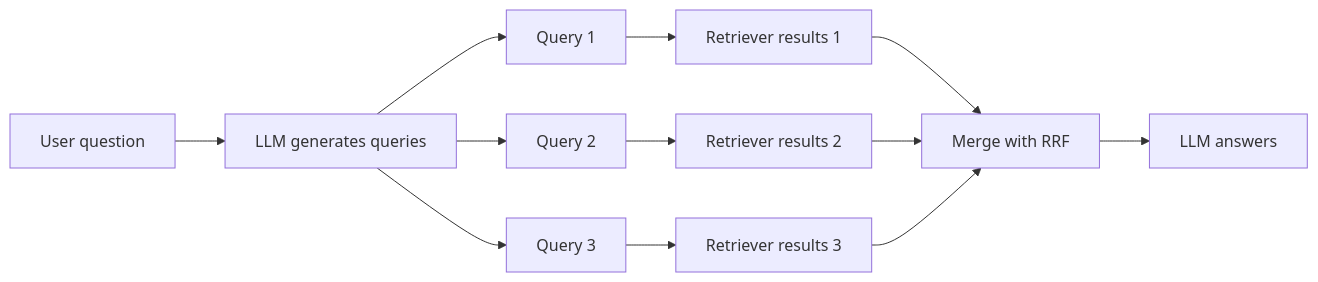
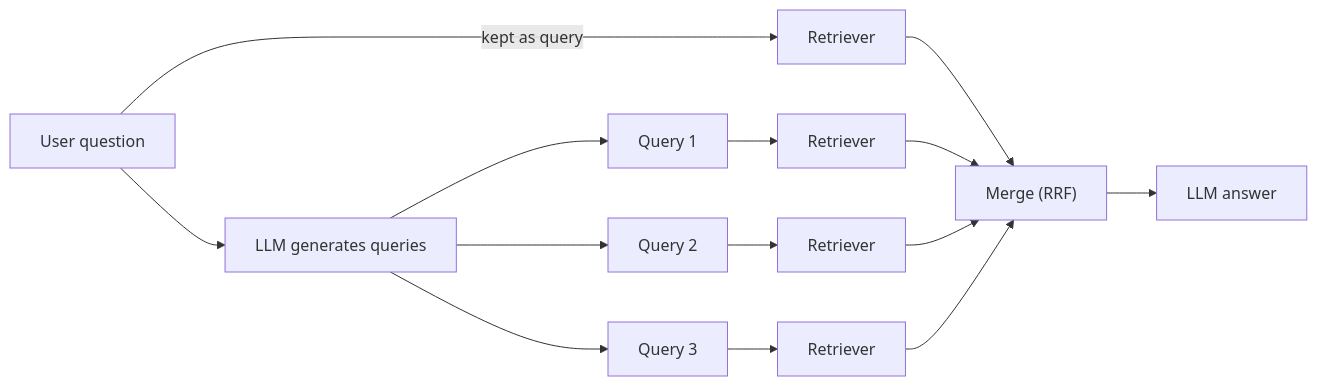
Before and after one commit to kaisarnajar/outcome-school-blogs: the diagram in notes/step-09-vector-search-and-retrieval-augmented-generation-rag/113-how-do-query-rewriting-and-multi-query-retrieval-work.md, drawn with Mermaid. The commit also changed other lines of this file and 233 other files, not shown here.

````diff
--- a/notes/step-09-vector-search-and-retrieval-augmented-generation-rag/113-how-do-query-rewriting-and-multi-query-retrieval-work.md
+++ b/notes/step-09-vector-search-and-retrieval-augmented-generation-rag/113-how-do-query-rewriting-and-multi-query-retrieval-work.md
@@ -59,14 +66,16 @@
 ```mermaid
 flowchart LR
-    U["User question"] --> L["LLM generates queries"]
-    L --> Q1["Query 1"]
-    L --> Q2["Query 2"]
-    L --> Q3["Query 3"]
-    Q1 --> R1["Retriever results 1"]
-    Q2 --> R2["Retriever results 2"]
-    Q3 --> R3["Retriever results 3"]
-    R1 --> M["Merge with RRF"]
-    R2 --> M
-    R3 --> M
-    M --> A["LLM answers"]
+U1["User question"] --> L1["LLM generates queries"]
+L1 --> Q1["Query 1"]
+L1 --> Q2["Query 2"]
+L1 --> Q3["Query 3"]
+U1 -->|"kept as query"| R0["Retriever"]
+Q1 --> R1["Retriever"]
+Q2 --> R2["Retriever"]
+Q3 --> R3["Retriever"]
+R0 --> M1["Merge (RRF)"]
+R1 --> M1
+R2 --> M1
+R3 --> M1
+M1 --> A1["LLM answer"]
 ```
````
